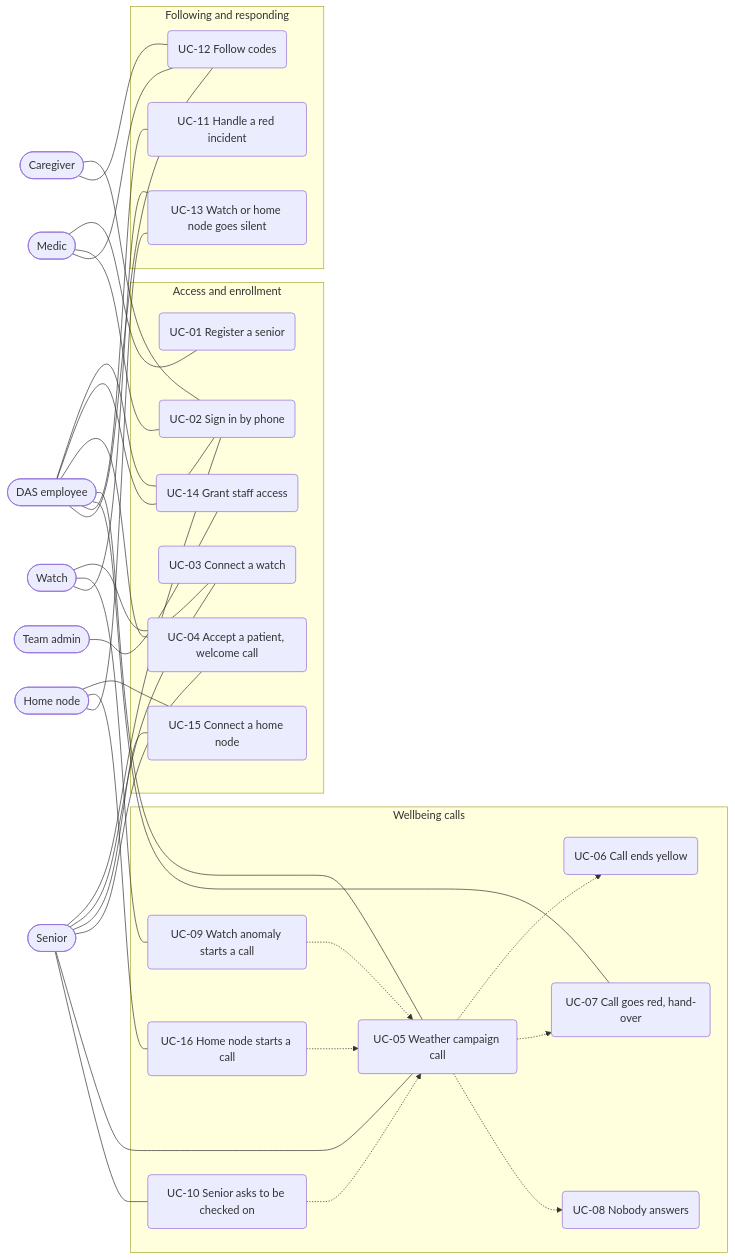
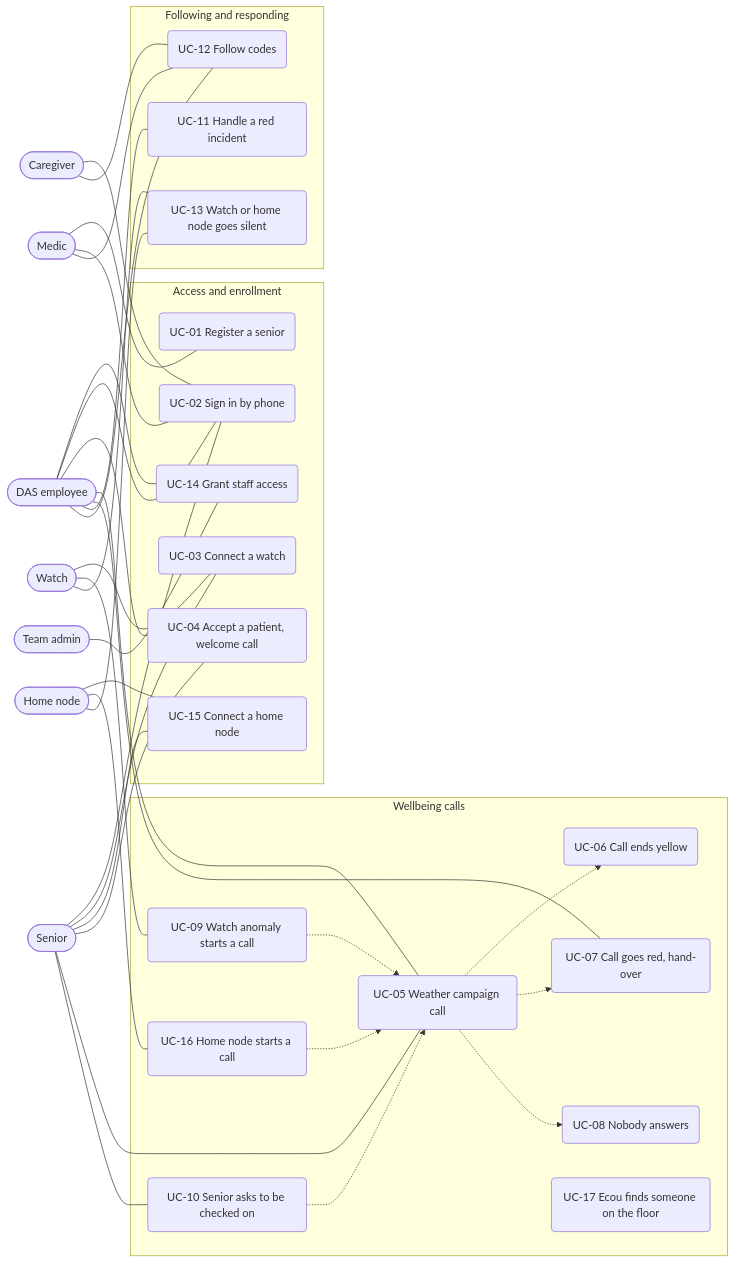
One commit to paulhondola/EchoCare changed the first of 8 diagrams in docs/specs/echocare/02-use-cases.md. Above: the diagram before and after it, drawn with Mermaid. The commit also changed other lines of this file and 4 other files, not shown here.

````diff
--- a/docs/specs/echocare/02-use-cases.md
+++ b/docs/specs/echocare/02-use-cases.md
@@ -21,68 +21,69 @@
 ```mermaid
 flowchart LR
     ADM(["Team admin"])
     SEN(["Senior"])
     WAT(["Watch"])
     NOD(["Home node"])
     CAR(["Caregiver"])
     MED(["Medic"])
     DAS(["DAS employee"])
 
     subgraph ENR["Access and enrollment"]
         UC14("UC-14 Grant staff access")
         UC01("UC-01 Register a senior")
         UC02("UC-02 Sign in by phone")
         UC03("UC-03 Connect a watch")
         UC15("UC-15 Connect a home node")
         UC04("UC-04 Accept a patient, welcome call")
     end
 
     subgraph CALLS["Wellbeing calls"]
         UC05("UC-05 Weather campaign call")
         UC06("UC-06 Call ends yellow")
         UC07("UC-07 Call goes red, hand-over")
         UC08("UC-08 Nobody answers")
         UC09("UC-09 Watch anomaly starts a call")
         UC10("UC-10 Senior asks to be checked on")
         UC16("UC-16 Home node starts a call")
+        UC17("UC-17 Ecou finds someone on the floor")
     end
 
     subgraph FOLLOW["Following and responding"]
         UC11("UC-11 Handle a red incident")
         UC12("UC-12 Follow codes")
         UC13("UC-13 Watch or home node goes silent")
     end
 
     ADM --- UC14
     DAS --- UC14
     MED --- UC01
     MED --- UC02
     CAR --- UC02
     SEN --- UC02
     DAS --- UC02
     SEN --- UC03
     WAT --- UC03
     SEN --- UC15
     NOD --- UC15
     DAS --- UC04
     SEN --- UC04
     SEN --- UC05
     SEN --- UC10
     WAT --- UC09
     WAT --- UC13
     NOD --- UC16
     NOD --- UC13
     DAS --- UC05
     DAS --- UC07
     DAS --- UC11
     MED --- UC12
     CAR --- UC12
     DAS --- UC12
 
     UC05 -.-> UC06
     UC05 -.-> UC07
     UC05 -.-> UC08
     UC09 -.-> UC05
     UC10 -.-> UC05
     UC16 -.-> UC05
 ```
````
